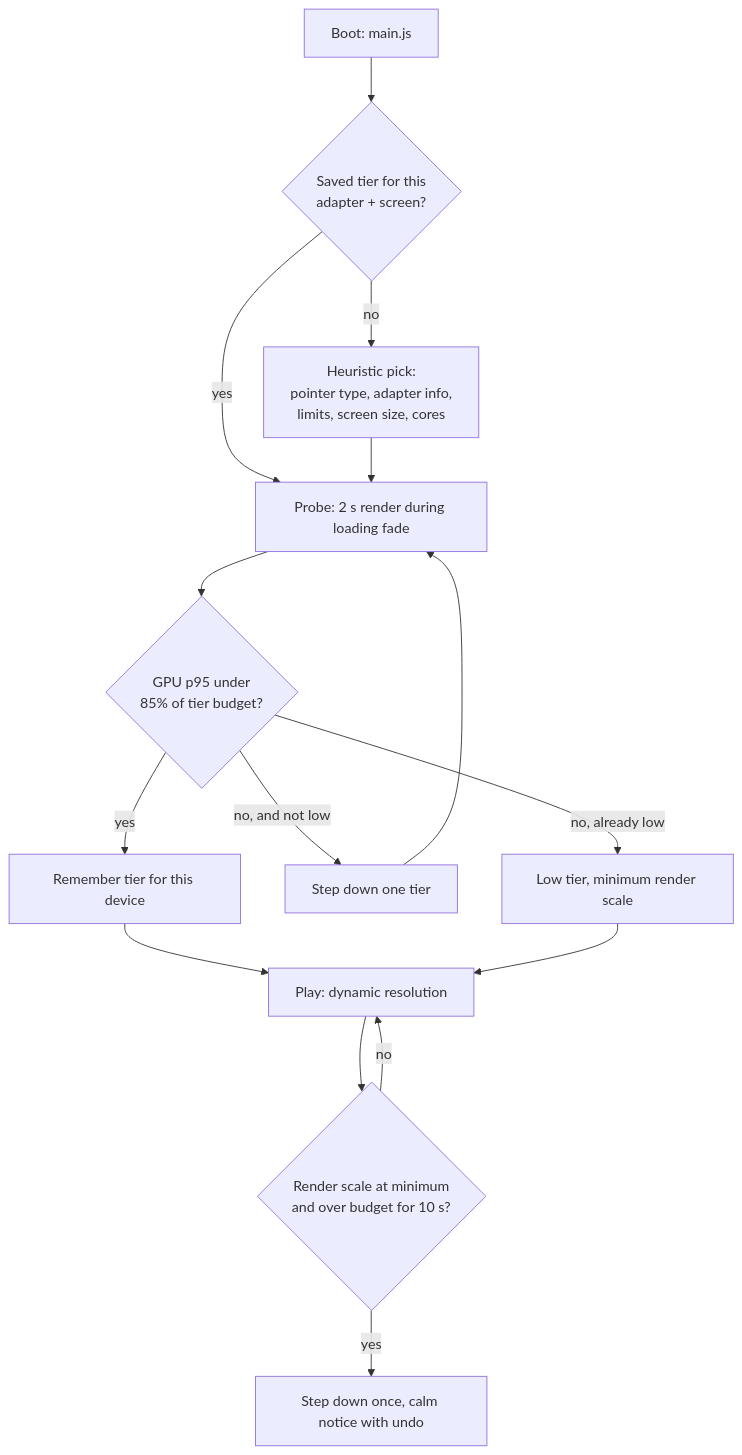
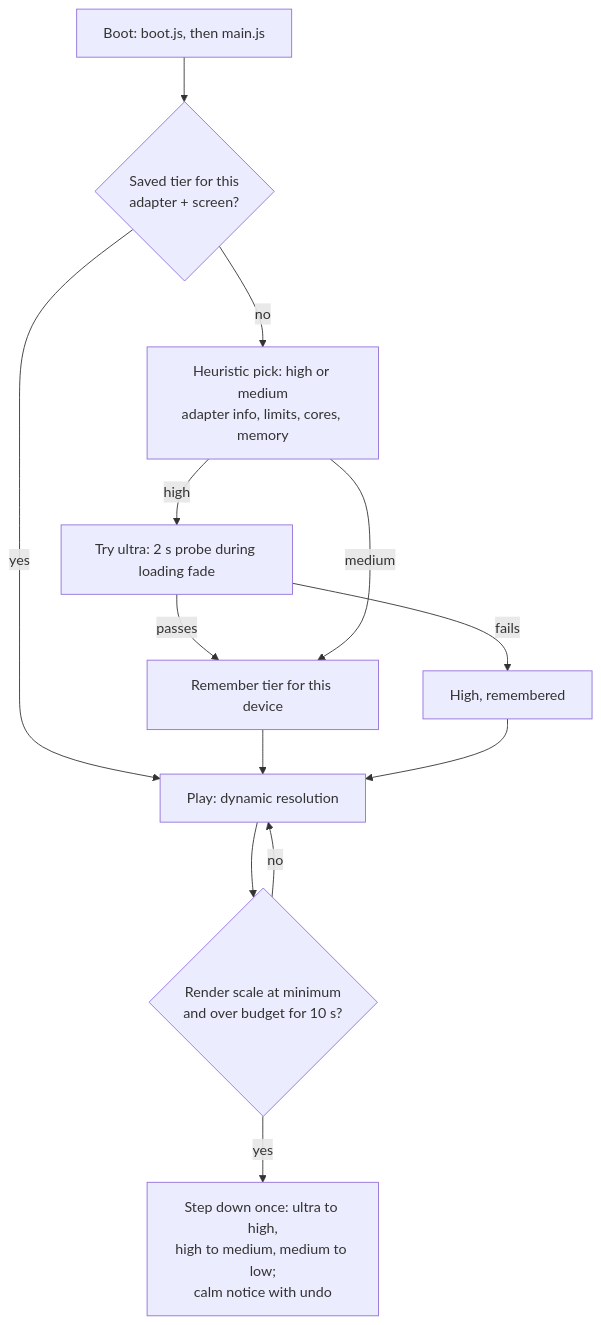
Before and after one commit to mshomper/ebb: the diagram in docs/19-performance-and-quality-tiers.md, drawn with Mermaid. The commit also changed other lines of this file and 70 other files, not shown here.

````diff
--- a/docs/19-performance-and-quality-tiers.md
+++ b/docs/19-performance-and-quality-tiers.md
@@ -22,16 +24,15 @@
 ```mermaid
 flowchart TD
-  B[Boot: main.js] --> S{Saved tier for this<br/>adapter + screen?}
-  S -- yes --> P
-  S -- no --> H[Heuristic pick:<br/>pointer type, adapter info,<br/>limits, screen size, cores]
-  H --> P[Probe: 2 s render during loading fade]
-  P --> C{GPU p95 under<br/>85% of tier budget?}
-  C -- yes --> R[Remember tier for this device]
-  C -- no, and not low --> D[Step down one tier] --> P
-  C -- no, already low --> L[Low tier, minimum render scale]
+  B[Boot: boot.js, then main.js] --> S{Saved tier for this<br/>adapter + screen?}
+  S -- yes --> G
+  S -- no --> H[Heuristic pick: high or medium<br/>adapter info, limits, cores, memory]
+  H -- high --> U[Try ultra: 2 s probe during loading fade]
+  U -- passes --> R[Remember tier for this device]
+  U -- fails --> R2[High, remembered]
+  H -- medium --> R
   R --> G[Play: dynamic resolution]
-  L --> G
+  R2 --> G
   G --> O{Render scale at minimum<br/>and over budget for 10 s?}
-  O -- yes --> N[Step down once, calm notice with undo]
+  O -- yes --> N[Step down once: ultra to high,<br/>high to medium, medium to low;<br/>calm notice with undo]
   O -- no --> G
 ```
````
